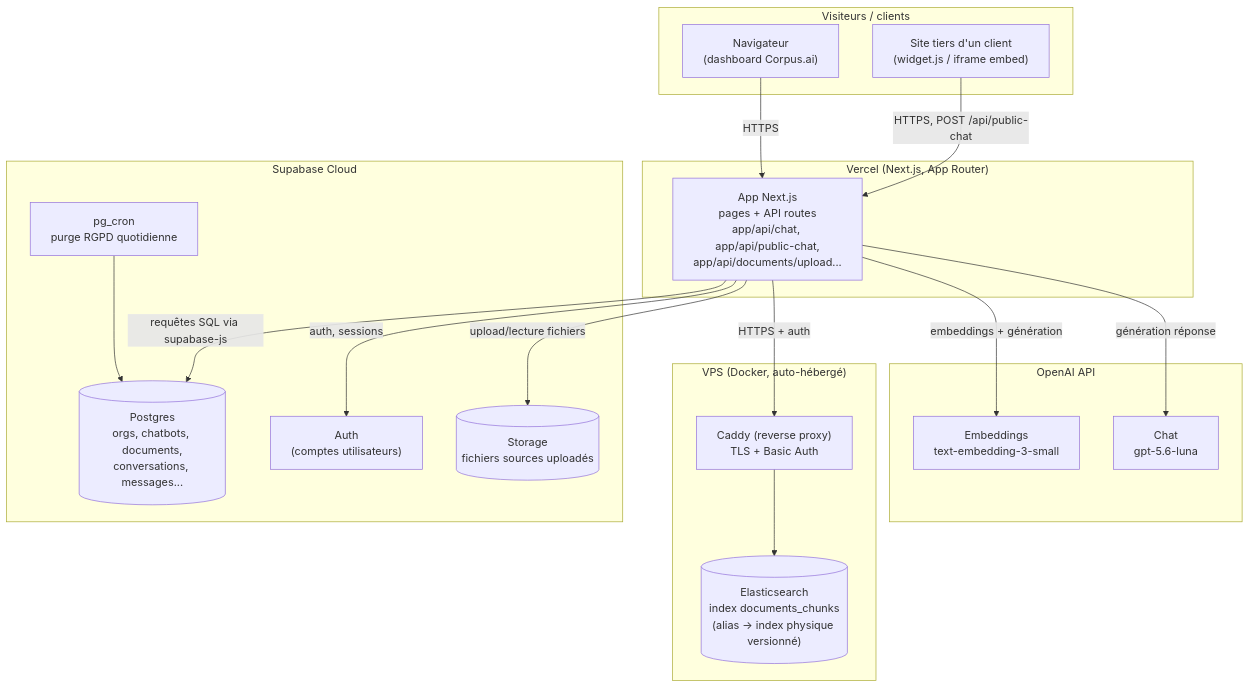
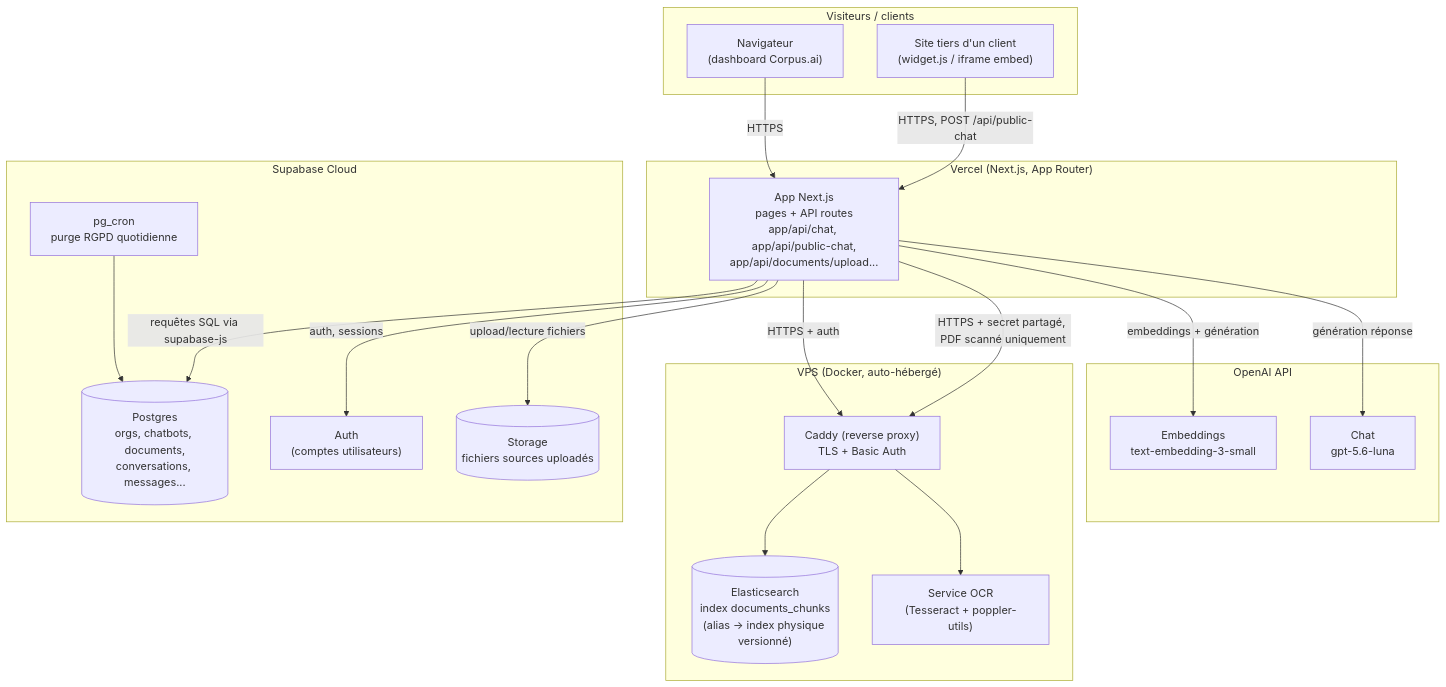
The first of 3 diagrams in docs/architecture.md (Explonentielle/rag-sass), drawn with Mermaid before and after one commit. The commit also changed other lines of this file and 10 other files, not shown here.

First line of the commit message:
feat(ocr): add Tesseract-based OCR fallback for scanned PDFs

````diff
--- a/docs/architecture.md
+++ b/docs/architecture.md
@@ -8,39 +8,42 @@
 ```mermaid
 flowchart TB
     subgraph Visiteurs["Visiteurs / clients"]
         Browser["Navigateur<br/>(dashboard Corpus.ai)"]
         EmbedSite["Site tiers d'un client<br/>(widget.js / iframe embed)"]
     end
 
     subgraph Vercel["Vercel (Next.js, App Router)"]
         App["App Next.js<br/>pages + API routes<br/>app/api/chat, app/api/public-chat,<br/>app/api/documents/upload..."]
     end
 
     subgraph VPS["VPS (Docker, auto-hébergé)"]
         Caddy["Caddy (reverse proxy)<br/>TLS + Basic Auth"]
         ES[("Elasticsearch<br/>index documents_chunks<br/>(alias -> index physique versionné)")]
+        OCR["Service OCR<br/>(Tesseract + poppler-utils)"]
         Caddy --> ES
+        Caddy --> OCR
     end
 
     subgraph SupabaseCloud["Supabase Cloud"]
         PG[("Postgres<br/>orgs, chatbots, documents,<br/>conversations, messages...")]
         Auth["Auth<br/>(comptes utilisateurs)"]
         Storage[("Storage<br/>fichiers sources uploadés")]
         Cron["pg_cron<br/>purge RGPD quotidienne"]
         Cron --> PG
     end
 
     subgraph OpenAICloud["OpenAI API"]
         Embeddings["Embeddings<br/>text-embedding-3-small"]
         ChatModel["Chat<br/>gpt-5.6-luna"]
     end
 
     Browser -->|HTTPS| App
     EmbedSite -->|HTTPS, POST /api/public-chat| App
     App -->|requêtes SQL via supabase-js| PG
     App -->|auth, sessions| Auth
     App -->|upload/lecture fichiers| Storage
     App -->|HTTPS + auth| Caddy
+    App -->|HTTPS + secret partagé, PDF scanné uniquement| Caddy
     App -->|embeddings + génération| Embeddings
     App -->|génération réponse| ChatModel
 ```
````
